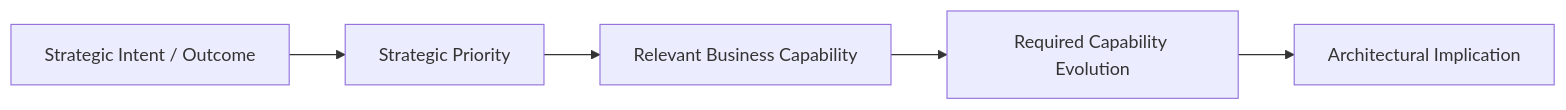
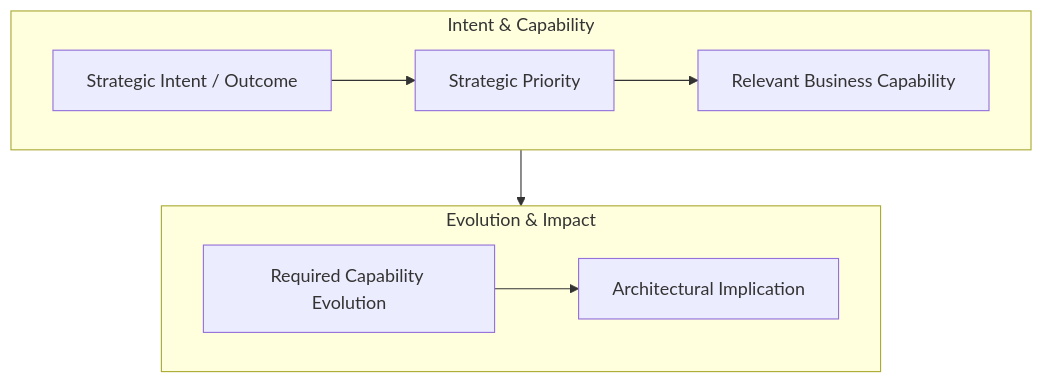
Diagram 12 of 24 in docs/sop/methods/architecture-assessment-and-roadmap.md (avfranco-br/portfolio), drawn with Mermaid before and after one commit. The commit also changed other lines of this file and 10 other files, not shown here.

Commit message:
Refactor Mermaid diagrams across SOP and methods documentation for legibility

````diff
--- a/docs/sop/methods/architecture-assessment-and-roadmap.md
+++ b/docs/sop/methods/architecture-assessment-and-roadmap.md
@@ -938,9 +993,15 @@
 ```mermaid
-flowchart LR
-    A["Strategic Intent / Outcome"]
-    B["Strategic Priority"]
-    C["Relevant Business Capability"]
-    D["Required Capability Evolution"]
-    E["Architectural Implication"]
-    A --> B --> C --> D --> E
+flowchart TD
+    subgraph Tier1["Intent & Capability"]
+        direction LR
+        A["Strategic Intent / Outcome"] --> B["Strategic Priority"]
+        B --> C["Relevant Business Capability"]
+    end
+
+    subgraph Tier2["Evolution & Impact"]
+        direction LR
+        D["Required Capability Evolution"] --> E["Architectural Implication"]
+    end
+
+    C --> D
 ```
````
